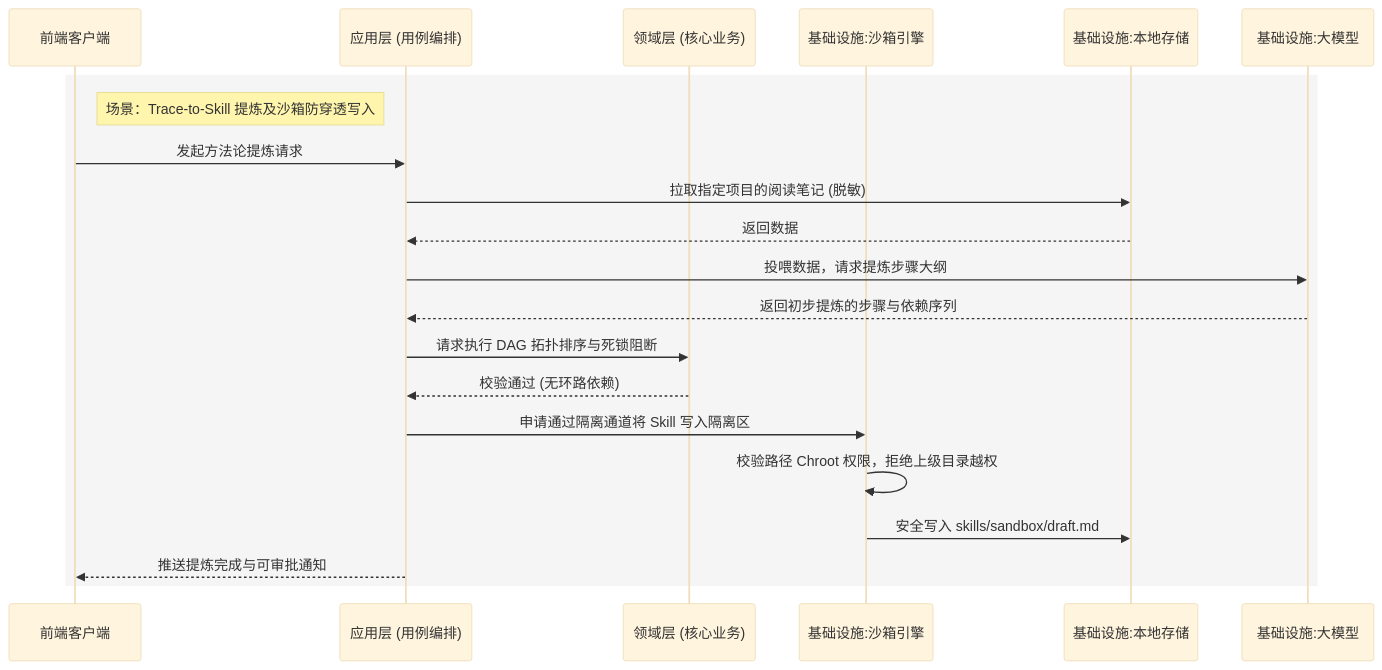
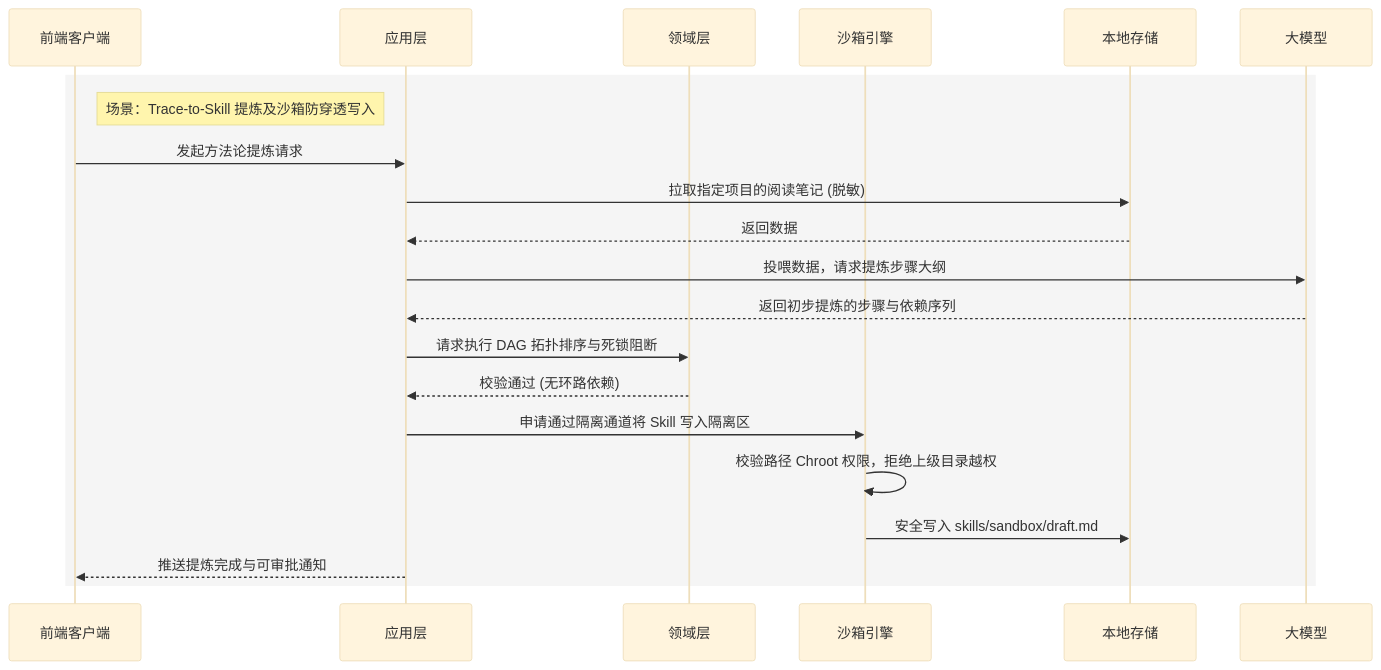
The second of 2 diagrams in docs/06_system_architecture/backend_design_spec_v1.0.md (shanglihong/i-have-a-plan), drawn with Mermaid (base theme) before and after one commit. The commit also changed other lines of this file, not shown here.

Commit message:
docs: update backend design specification to reflect latest architectural changes

````diff
--- a/docs/06_system_architecture/backend_design_spec_v1.0.md
+++ b/docs/06_system_architecture/backend_design_spec_v1.0.md
@@ -108,29 +108,29 @@
 ```mermaid
 sequenceDiagram
     participant FE as 前端客户端
-    participant App as 应用层 (用例编排)
-    participant Domain as 领域层 (核心业务)
-    participant Sandbox as 基础设施:沙箱引擎
-    participant DB as 基础设施:本地存储
-    participant LLM as 基础设施:大模型
+    participant App as 应用层
+    participant Domain as 领域层
+    participant Sandbox as 沙箱引擎
+    participant DB as 本地存储
+    participant LLM as 大模型
     
     %% 场景：Trace-to-Skill 提炼与沙箱隔离
     rect rgb(245, 245, 245)
         Note right of FE: 场景：Trace-to-Skill 提炼及沙箱防穿透写入
         FE->>App: 发起方法论提炼请求
         App->>DB: 拉取指定项目的阅读笔记 (脱敏)
         DB-->>App: 返回数据
         App->>LLM: 投喂数据，请求提炼步骤大纲
         LLM-->>App: 返回初步提炼的步骤与依赖序列
         
         %% 领域层纯逻辑校验，无 I/O
         App->>Domain: 请求执行 DAG 拓扑排序与死锁阻断
         Domain-->>App: 校验通过 (无环路依赖)
         
         %% 将危险的写操作与运行环境交给独立的沙箱引擎管控
         App->>Sandbox: 申请通过隔离通道将 Skill 写入隔离区
         Sandbox->>Sandbox: 校验路径 Chroot 权限，拒绝上级目录越权
         Sandbox->>DB: 安全写入 skills/sandbox/draft.md
         App-->>FE: 推送提炼完成与可审批通知
     end
 ```
````
